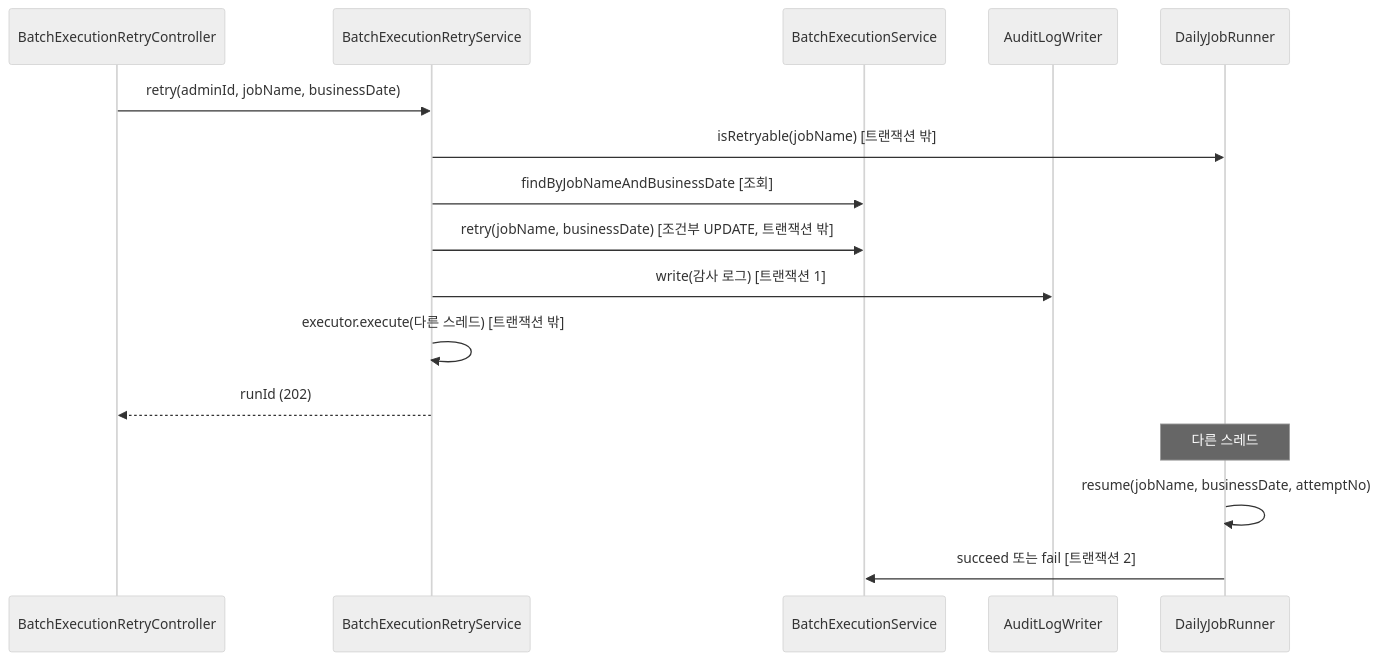
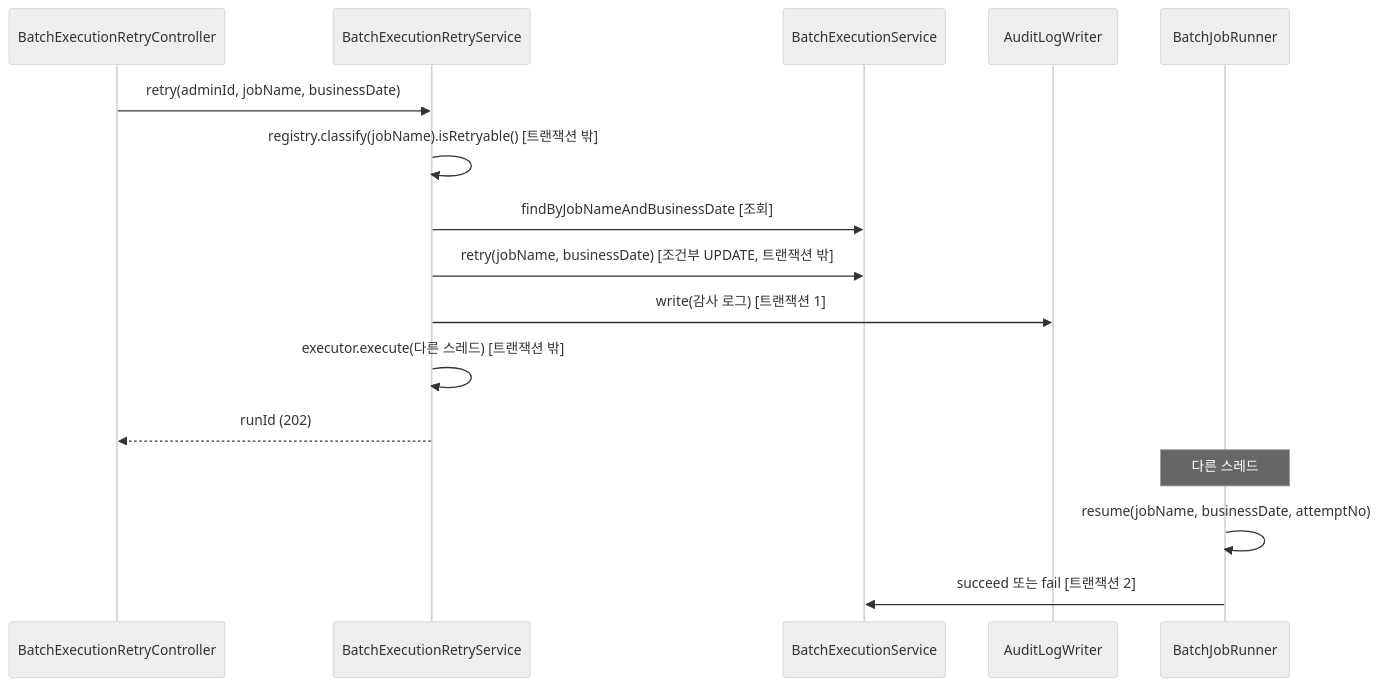
Before and after one commit to lunch-catch/lc-backend: the third of 3 diagrams in docs/design/ops/ops_구조와_동작_설계.md, drawn with Mermaid (neutral theme). The commit also changed other lines of this file and 5 other files, not shown here.

````diff
--- a/docs/design/ops/ops_구조와_동작_설계.md
+++ b/docs/design/ops/ops_구조와_동작_설계.md
@@ -130,19 +133,19 @@
 ```mermaid
 sequenceDiagram
     participant C as BatchExecutionRetryController
     participant S as BatchExecutionRetryService
     participant E as BatchExecutionService
     participant A as AuditLogWriter
-    participant R as DailyJobRunner
+    participant R as BatchJobRunner
 
     C->>S: retry(adminId, jobName, businessDate)
-    S->>R: isRetryable(jobName) [트랜잭션 밖]
+    S->>S: registry.classify(jobName).isRetryable() [트랜잭션 밖]
     S->>E: findByJobNameAndBusinessDate [조회]
     S->>E: retry(jobName, businessDate) [조건부 UPDATE, 트랜잭션 밖]
     S->>A: write(감사 로그) [트랜잭션 1]
     S->>S: executor.execute(다른 스레드) [트랜잭션 밖]
     S-->>C: runId (202)
     Note over R: 다른 스레드
     R->>R: resume(jobName, businessDate, attemptNo)
     R->>E: succeed 또는 fail [트랜잭션 2]
 ```
````
